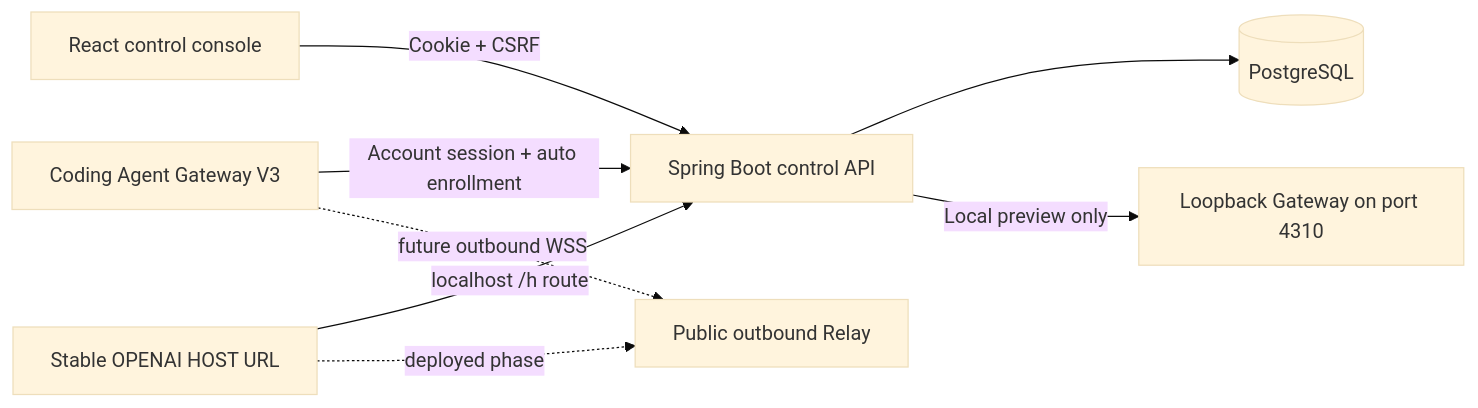
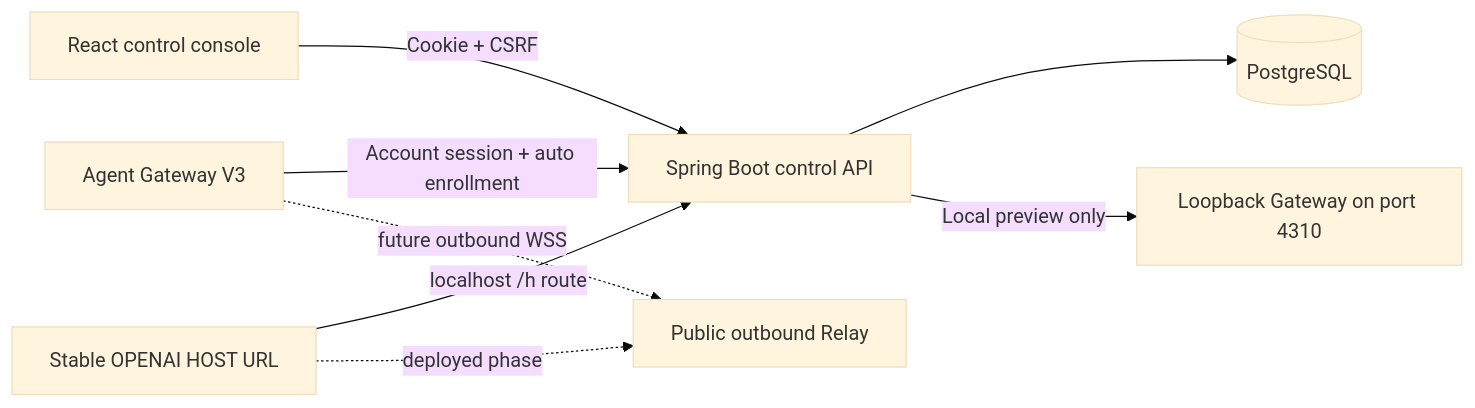
Before and after one commit to daizhongtian/Agent-Gateway: the diagram in platform/docs/architecture.md, drawn with Mermaid (base theme). The commit also changed 70 other files, not shown here.

Commit message:
feat: launch Agent Gateway V3 platform hosting

````diff
--- a/platform/docs/architecture.md
+++ b/platform/docs/architecture.md
@@ -5,10 +5,10 @@
 ```mermaid
 flowchart LR
     Browser[React control console] -->|Cookie + CSRF| API[Spring Boot control API]
     API --> DB[(PostgreSQL)]
-    Desktop[Coding Agent Gateway V3] -->|Account session + auto enrollment| API
+    Desktop[Agent Gateway V3] -->|Account session + auto enrollment| API
     API -->|Local preview only| Gateway[Loopback Gateway on port 4310]
     URL[Stable OPENAI HOST URL] -->|localhost /h route| API
     URL -. deployed phase .-> Relay[Public outbound Relay]
     Desktop -. future outbound WSS .-> Relay
 ```
````
